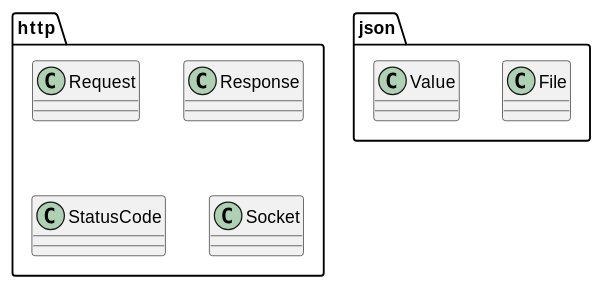
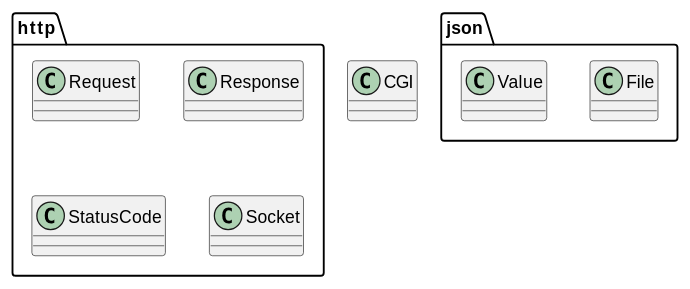
Before and after one commit to t-h2o/webserv: the second of 7 diagrams in docs/README.adoc, drawn with PlantUML. The commit also changed 1 other file, not shown here.

Commit message:
docs: add cgi class

```diff
--- a/docs/README.adoc
+++ b/docs/README.adoc
@@ -22,11 +22,12 @@
 [plantuml, target=class, format=svg, width=60%]
 ....
 set separator ::
 
+class CGI
 class http::Request
 class http::Response
 class http::StatusCode
 class http::Socket
 class json::File
 class json::Value
 ....
```
